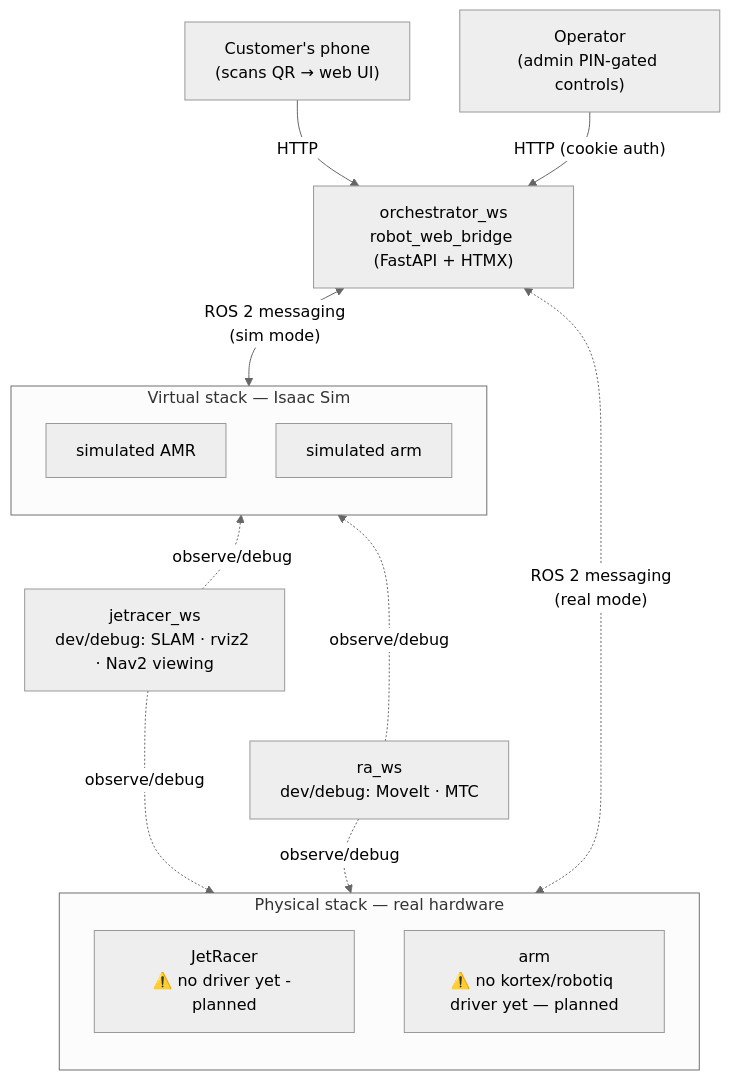
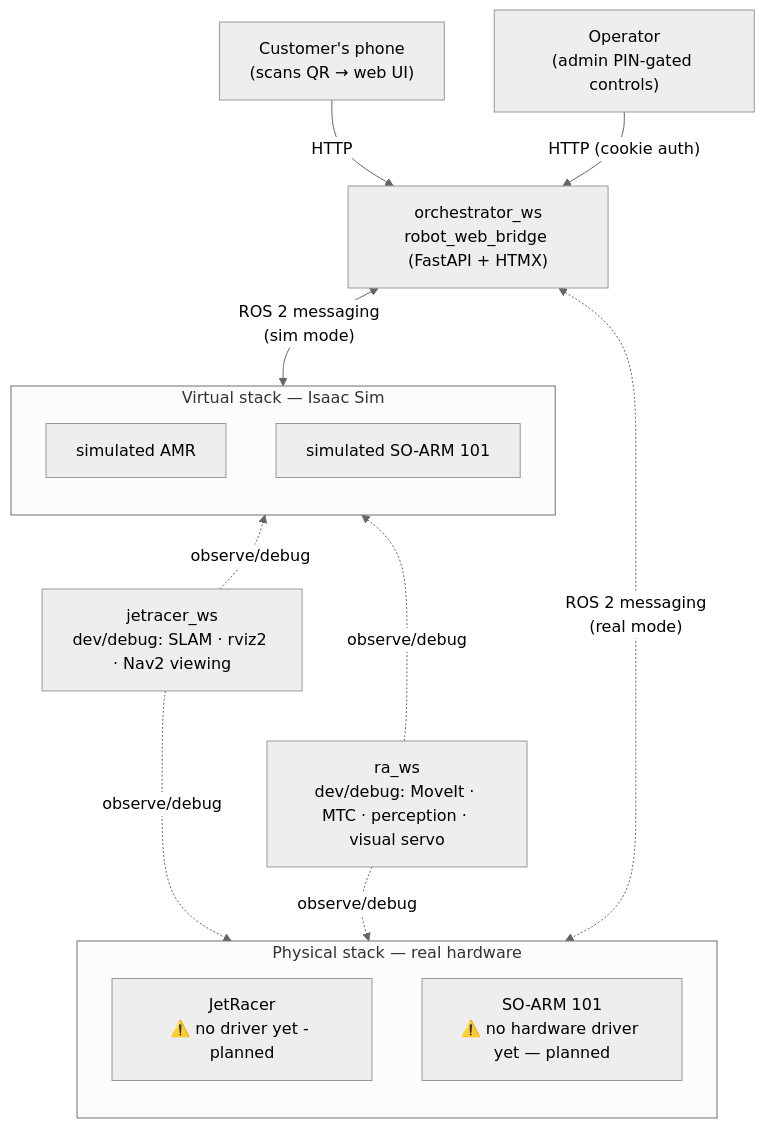
The diagram in README.md (blueocvn/BlueOC-Robotics-Research-and-Development), drawn with Mermaid (neutral theme) before and after one commit. The commit also changed other lines of this file, not shown here.

````diff
--- a/README.md
+++ b/README.md
@@ -7,28 +7,28 @@
 ```mermaid
 ---
 config:
   layout: dagre
 ---
 flowchart TB
  subgraph Virtual["Virtual stack — Isaac Sim"]
     direction TB
         AMR_sim["simulated AMR"]
-        RA_sim["simulated arm"]
+        RA_sim["simulated SO-ARM 101"]
   end
  subgraph Physical["Physical stack — real hardware"]
     direction TD
         AMR_real["JetRacer<br>⚠️ no driver yet - planned"]
-        RA_real["arm<br>⚠️ no kortex/robotiq driver yet — planned"]
+        RA_real["SO-ARM 101<br>⚠️ no hardware driver yet — planned"]
   end
     User@{ label: "Customer's phone<br>(scans QR → web UI)" } -- HTTP --> Orchestrator["orchestrator_ws<br>robot_web_bridge (FastAPI + HTMX)"]
     Operator["Operator<br>(admin PIN-gated controls)"] -- HTTP (cookie auth) --> Orchestrator
     Orchestrator <-- ROS 2 messaging<br>(sim mode) --> Virtual
     Virtual ~~~ Debug_AMR["jetracer_ws<br>dev/debug: SLAM · rviz2 · Nav2 viewing"]
-    Debug_AMR ~~~ Debug_RA["ra_ws<br>dev/debug: MoveIt · MTC"]
+    Debug_AMR ~~~ Debug_RA["ra_ws<br>dev/debug: MoveIt · MTC · perception · visual servo"]
     Debug_AMR -. observe/debug .-> AMR_sim & AMR_real
     Debug_RA -. observe/debug .-> RA_sim & RA_real
     Debug_RA ~~~ Physical
     Orchestrator <-. ROS 2 messaging<br>(real mode) .-> Physical
 
     User@{ shape: rect}
 ```
````
